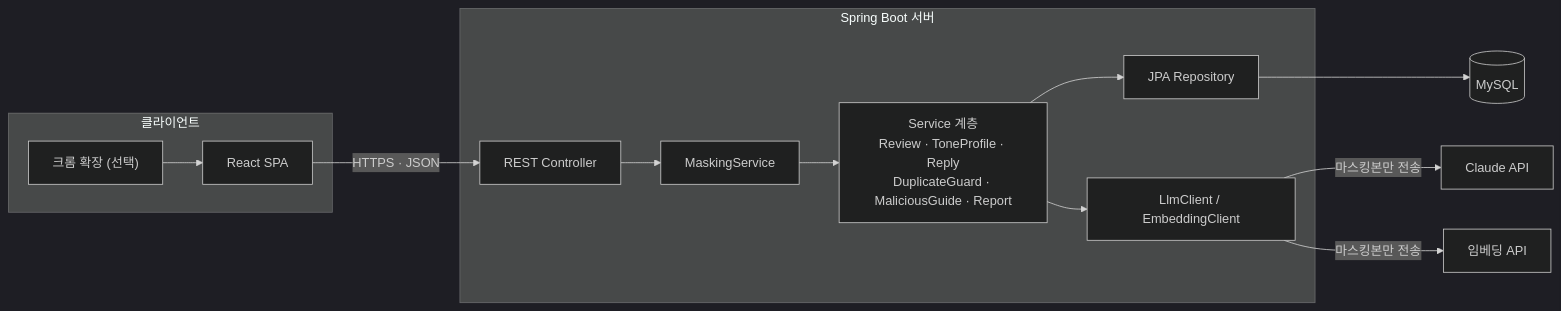
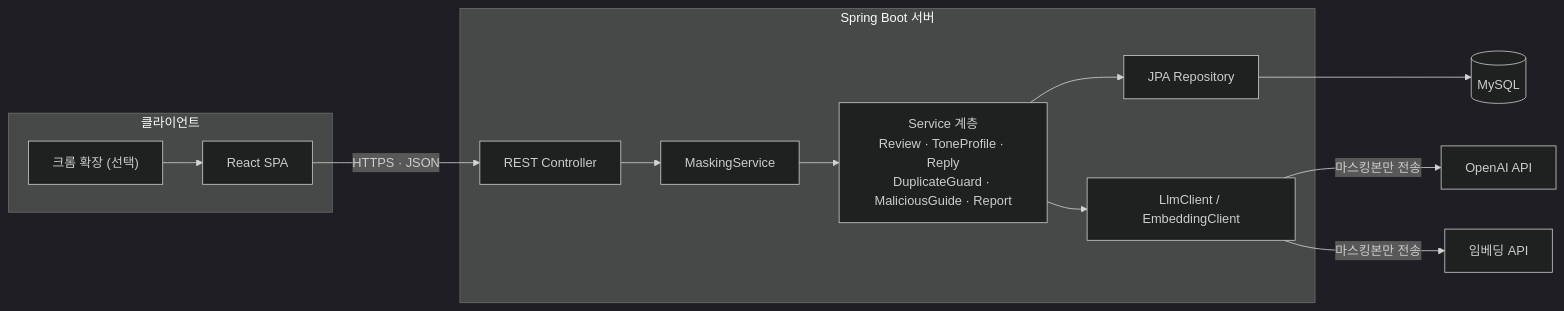
Before and after one commit to Jeong-wooseong/26AI_Project: the second of 3 diagrams in README.md, drawn with Mermaid (dark theme). The commit also changed other lines of this file and 13 other files, not shown here.

````diff
--- a/README.md
+++ b/README.md
@@ -129,24 +129,24 @@
 ```mermaid
 flowchart LR
   subgraph Client["클라이언트"]
     EXT["크롬 확장 (선택)"]
     WEB["React SPA"]
   end
   subgraph Server["Spring Boot 서버"]
     API["REST Controller"]
     MASK["MaskingService"]
     SVC["Service 계층<br>Review · ToneProfile · Reply<br>DuplicateGuard · MaliciousGuide · Report"]
     LLM["LlmClient / EmbeddingClient"]
     REPO["JPA Repository"]
   end
   DB[("MySQL")]
-  AI["Claude API"]
+  AI["OpenAI API"]
   EMB["임베딩 API"]
   EXT --> WEB
   WEB -->|"HTTPS · JSON"| API
   API --> MASK --> SVC
   SVC --> REPO --> DB
   SVC --> LLM
   LLM -->|"마스킹본만 전송"| AI
   LLM -->|"마스킹본만 전송"| EMB
 ```
````
